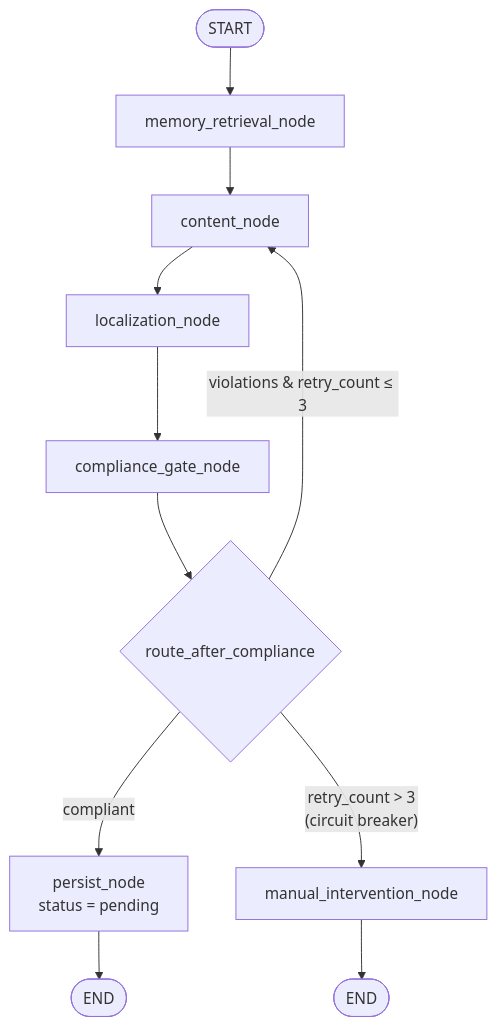
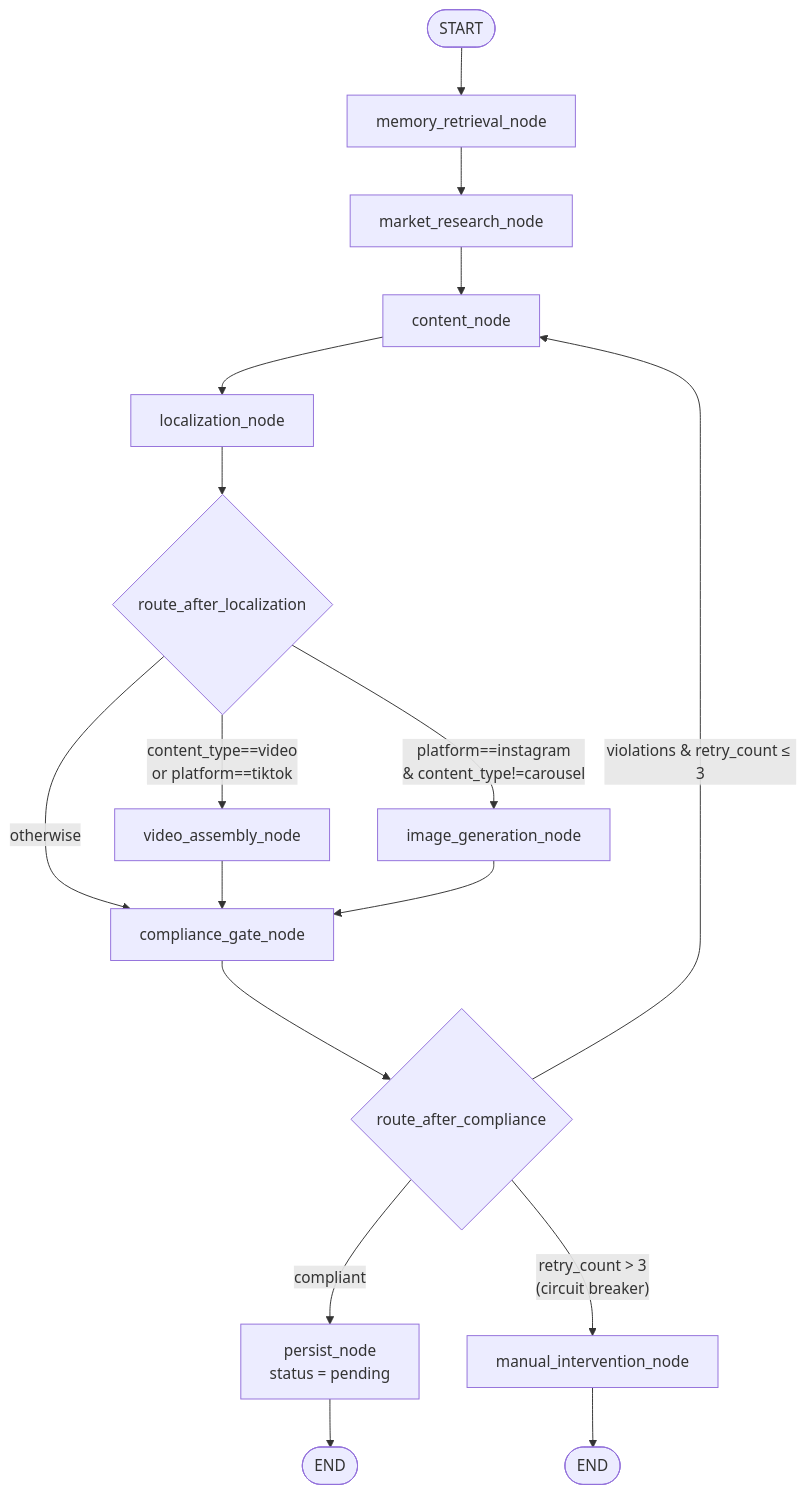
Before and after one commit to Prarabdha7/GCICI26: the first of 8 diagrams in docs/architecture.md, drawn with Mermaid. The commit also changed other lines of this file and 16 other files, not shown here.

First line of the commit message:
feat: add live Gemini/Imagen image generation for Instagram posts and carousels

````diff
--- a/docs/architecture.md
+++ b/docs/architecture.md
@@ -15,13 +15,19 @@
 ```mermaid
 flowchart TD
     START([START]) --> MR[memory_retrieval_node]
-    MR --> C[content_node]
+    MR --> MKT[market_research_node]
+    MKT --> C[content_node]
     C --> L[localization_node]
-    L --> G[compliance_gate_node]
+    L --> ROUTE_L{route_after_localization}
+    ROUTE_L -- "content_type==video<br/>or platform==tiktok" --> V[video_assembly_node]
+    ROUTE_L -- "platform==instagram<br/>&amp; content_type!=carousel" --> IMG[image_generation_node]
+    ROUTE_L -- otherwise --> G[compliance_gate_node]
+    V --> G
+    IMG --> G
     G --> ROUTE{route_after_compliance}
     ROUTE -- "compliant" --> P[persist_node<br/>status = pending]
     ROUTE -- "violations &amp; retry_count &le; 3" --> C
     ROUTE -- "retry_count &gt; 3<br/>(circuit breaker)" --> MI[manual_intervention_node]
     P --> END1([END])
     MI --> END2([END])
 ```
````
